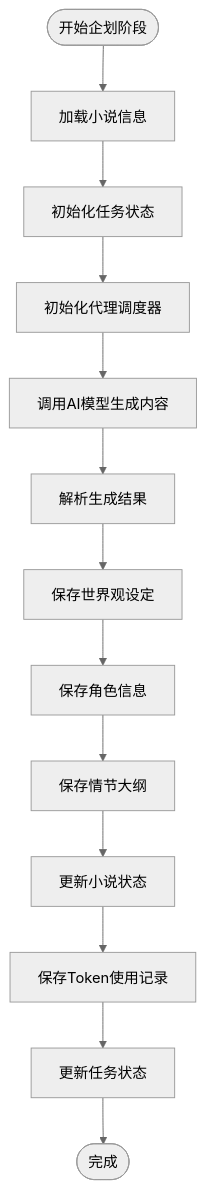
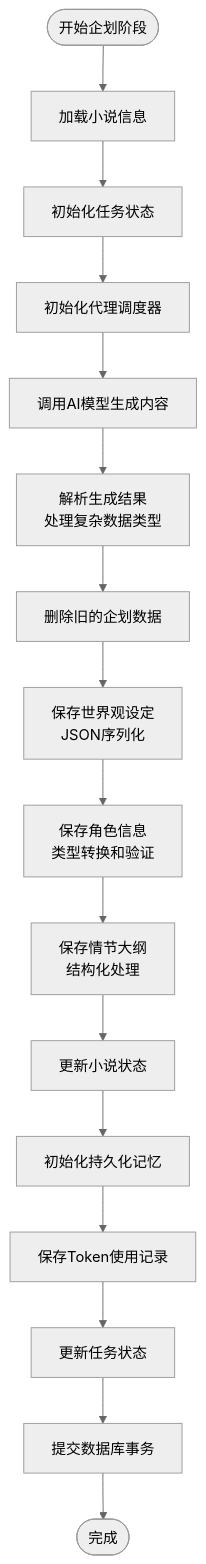
One commit to xfbyxq/ai-novel-system changed the fourth of 10 diagrams in .qoder/repowiki/zh/content/Generation Service.md. Above: the diagram before and after it, drawn with Mermaid (neutral theme). The commit also changed other lines of this file and 10 other files, not shown here.

````diff
--- a/.qoder/repowiki/zh/content/Generation Service.md
+++ b/.qoder/repowiki/zh/content/Generation Service.md
@@ -195,15 +236,18 @@
 ```mermaid
 flowchart TD
 Start([开始企划阶段]) --> LoadNovel["加载小说信息"]
 LoadNovel --> InitTask["初始化任务状态"]
 InitTask --> InitAgent["初始化代理调度器"]
 InitAgent --> CallLLM["调用AI模型生成内容"]
-CallLLM --> ParseResult["解析生成结果"]
-ParseResult --> SaveWorld["保存世界观设定"]
-SaveWorld --> SaveCharacters["保存角色信息"]
-SaveCharacters --> SaveOutline["保存情节大纲"]
+CallLLM --> ParseResult["解析生成结果<br/>处理复杂数据类型"]
+ParseResult --> DeleteOldData["删除旧的企划数据"]
+DeleteOldData --> SaveWorld["保存世界观设定<br/>JSON序列化"]
+SaveWorld --> SaveCharacters["保存角色信息<br/>类型转换和验证"]
+SaveCharacters --> SaveOutline["保存情节大纲<br/>结构化处理"]
 SaveOutline --> UpdateNovel["更新小说状态"]
-UpdateNovel --> SaveTokens["保存Token使用记录"]
+UpdateNovel --> InitMemory["初始化持久化记忆"]
+InitMemory --> SaveTokens["保存Token使用记录"]
 SaveTokens --> UpdateTask["更新任务状态"]
-UpdateTask --> End([完成])
+UpdateTask --> CommitTransaction["提交数据库事务"]
+CommitTransaction --> End([完成])
 ```
````
